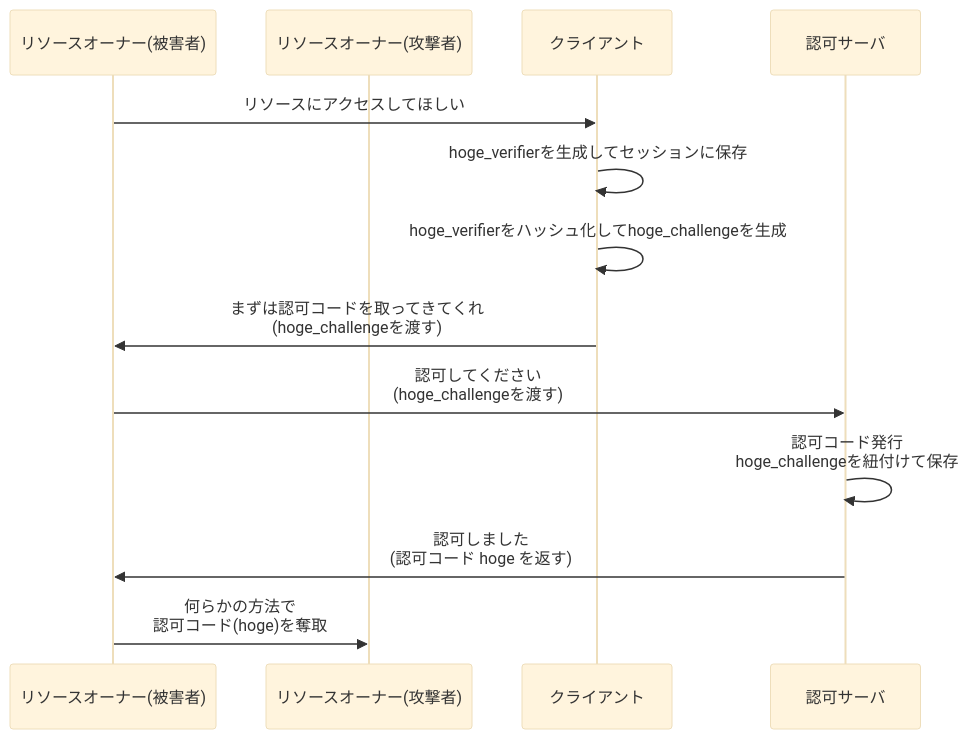
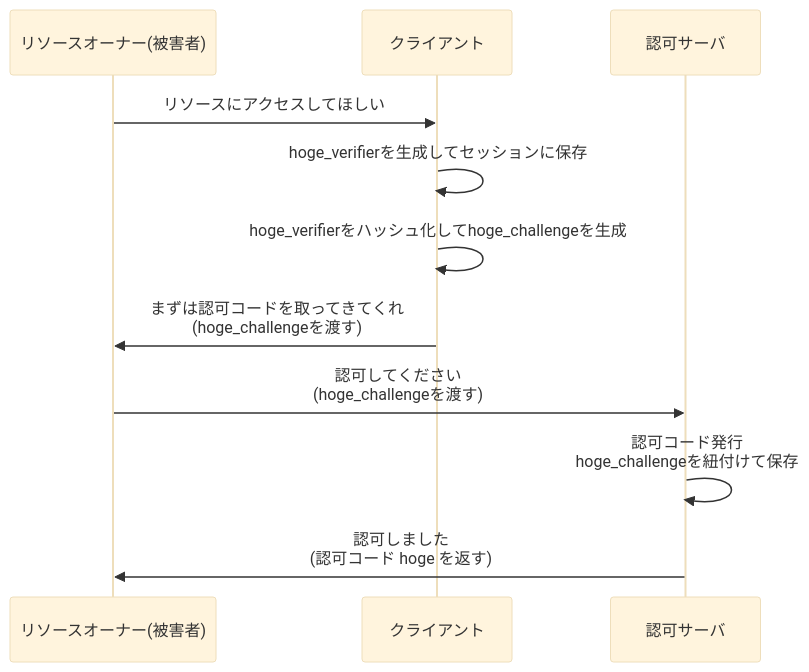
Before and after one commit to calloc134/zenn-dir: diagram 11 of 18 in articles/5e8da6c491e720.md, drawn with Mermaid (base theme).

Commit message:
PKCEによる認可コード利用のフロー修正

````diff
--- a/articles/5e8da6c491e720.md
+++ b/articles/5e8da6c491e720.md
@@ -1082,18 +1082,17 @@
 ```mermaid
 sequenceDiagram
     participant リソースオーナー(被害者)
-    participant リソースオーナー(攻撃者)
     participant クライアント
     participant 認可サーバ
 
     リソースオーナー(被害者)->>クライアント: リソースにアクセスしてほしい
     クライアント->>クライアント: hoge_verifierを生成してセッションに保存
     クライアント->>クライアント: hoge_verifierをハッシュ化してhoge_challengeを生成
     クライアント->>リソースオーナー(被害者): まずは認可コードを取ってきてくれ<br>(hoge_challengeを渡す)
     リソースオーナー(被害者)->>認可サーバ: 認可してください<br>(hoge_challengeを渡す)
     認可サーバ->>認可サーバ: 認可コード発行<br>hoge_challengeを紐付けて保存
     認可サーバ->>リソースオーナー(被害者): 認可しました<br>(認可コード hoge を返す)
 
-    リソースオーナー(被害者)->>リソースオーナー(攻撃者): 何らかの方法で<br>認可コード(hoge)を奪取
+
 
 ```
````
